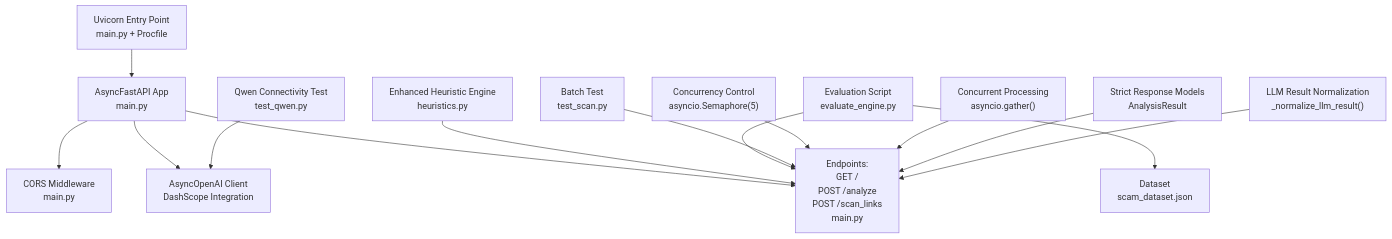
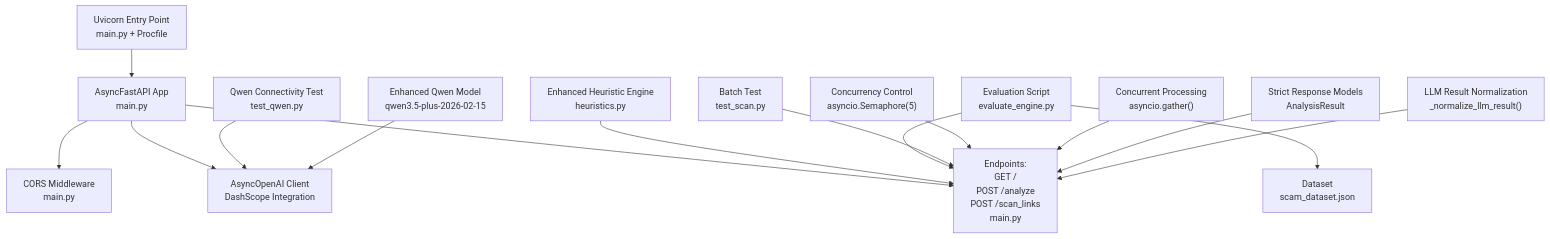
The first of 5 diagrams in .qoder/repowiki/en/content/Backend API Documentation.md (Aymanaahh/scrollguard-ai), drawn with Mermaid before and after one commit. The commit also changed other lines of this file and 22 other files, not shown here.

````diff
--- a/.qoder/repowiki/en/content/Backend API Documentation.md
+++ b/.qoder/repowiki/en/content/Backend API Documentation.md
@@ -52,16 +49,17 @@
 ```mermaid
 graph TB
 A["AsyncFastAPI App<br/>main.py"] --> B["CORS Middleware<br/>main.py"]
 A --> C["AsyncOpenAI Client<br/>DashScope Integration"]
 A --> D["Endpoints:<br/>GET /<br/>POST /analyze<br/>POST /scan_links<br/>main.py"]
 E["Enhanced Heuristic Engine<br/>heuristics.py"] --> D
 F["Evaluation Script<br/>evaluate_engine.py"] --> D
 F --> G["Dataset<br/>scam_dataset.json"]
 H["Batch Test<br/>test_scan.py"] --> D
 I["Qwen Connectivity Test<br/>test_qwen.py"] --> C
 J["Concurrency Control<br/>asyncio.Semaphore(5)"] --> D
 K["Concurrent Processing<br/>asyncio.gather()"] --> D
 L["Uvicorn Entry Point<br/>main.py + Procfile"] --> A
 M["Strict Response Models<br/>AnalysisResult"] --> D
 N["LLM Result Normalization<br/>_normalize_llm_result()"] --> D
+O["Enhanced Qwen Model<br/>qwen3.5-plus-2026-02-15"] --> C
 ```
````
